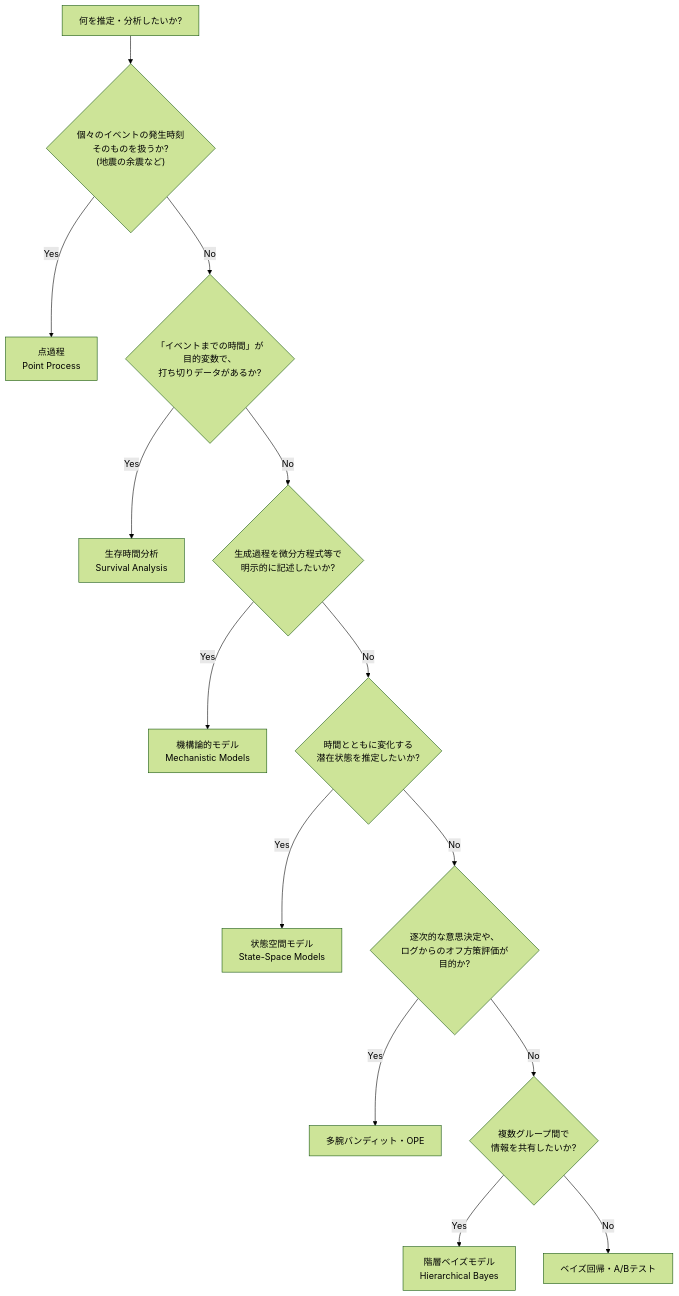
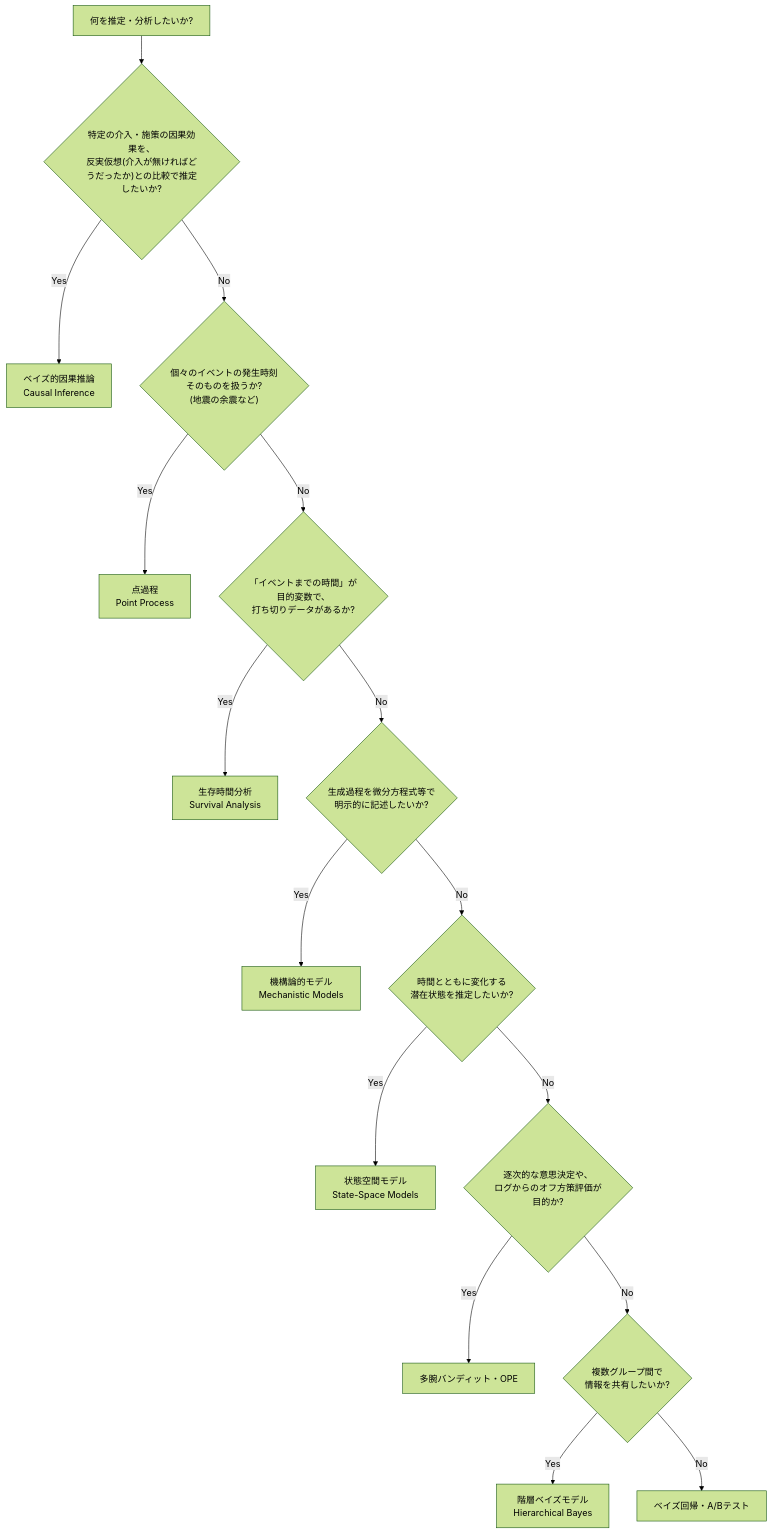
The diagram in analysis-types.md (karahashimanato/bayesian-analysis-index), drawn with Mermaid (forest theme) before and after one commit. The commit also changed other lines of this file, not shown here.

First line of the commit message:
Add Bayesian causal inference as an 8th analysis type

````diff
--- a/analysis-types.md
+++ b/analysis-types.md
@@ -9,16 +9,18 @@
 ```mermaid
 flowchart TD
-    Start["何を推定・分析したいか?"] --> Q1{"個々のイベントの発生時刻そのものを扱うか?<br/>(地震の余震など)"}
+    Start["何を推定・分析したいか?"] --> Q0{"特定の介入・施策の因果効果を、<br/>反実仮想(介入が無ければどうだったか)との比較で推定したいか?"}
+    Q0 -->|Yes| CI["ベイズ的因果推論<br/>Causal Inference"]
+    Q0 -->|No| Q1{"個々のイベントの発生時刻そのものを扱うか?<br/>(地震の余震など)"}
     Q1 -->|Yes| PP["点過程<br/>Point Process"]
     Q1 -->|No| Q2{"「イベントまでの時間」が目的変数で、<br/>打ち切りデータがあるか?"}
     Q2 -->|Yes| SA["生存時間分析<br/>Survival Analysis"]
     Q2 -->|No| Q3{"生成過程を微分方程式等で<br/>明示的に記述したいか?"}
     Q3 -->|Yes| MM["機構論的モデル<br/>Mechanistic Models"]
     Q3 -->|No| Q4{"時間とともに変化する<br/>潜在状態を推定したいか?"}
     Q4 -->|Yes| SSM["状態空間モデル<br/>State-Space Models"]
     Q4 -->|No| Q5{"逐次的な意思決定や、<br/>ログからのオフ方策評価が目的か?"}
     Q5 -->|Yes| MAB["多腕バンディット・OPE"]
     Q5 -->|No| Q6{"複数グループ間で<br/>情報を共有したいか?"}
     Q6 -->|Yes| HB["階層ベイズモデル<br/>Hierarchical Bayes"]
     Q6 -->|No| RB["ベイズ回帰・A/Bテスト"]
 ```
````
